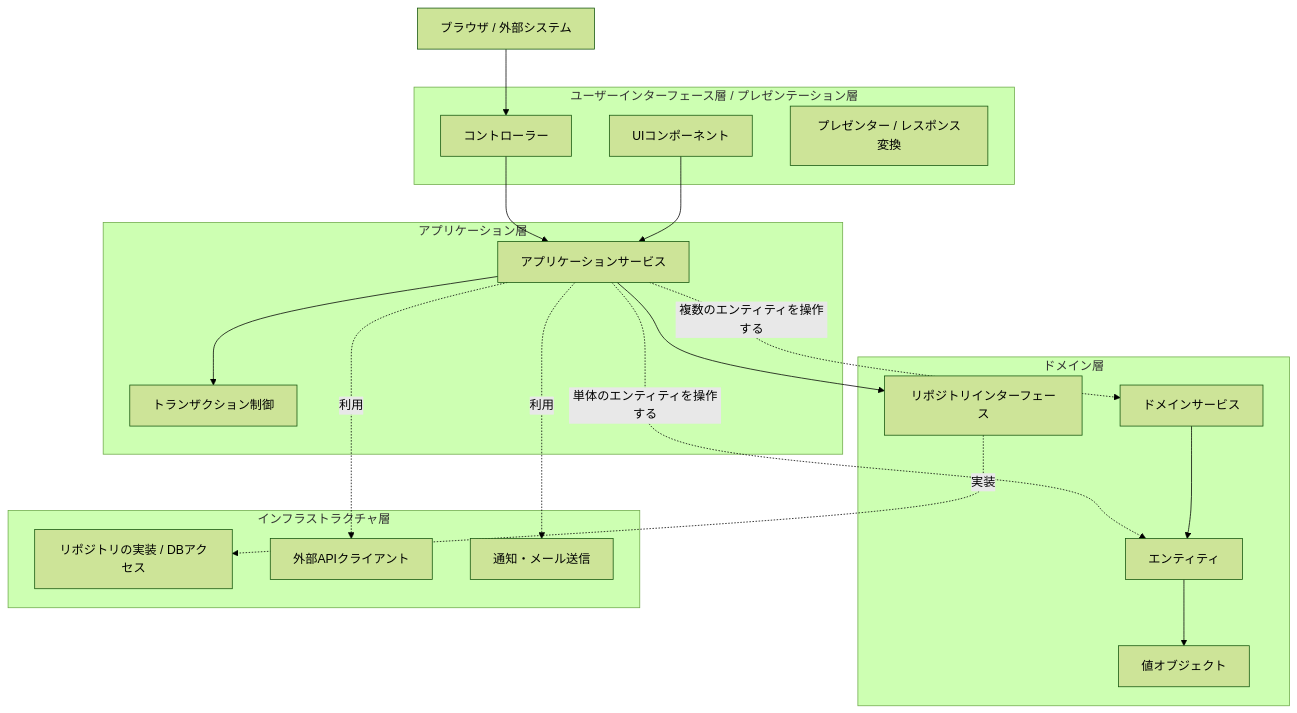
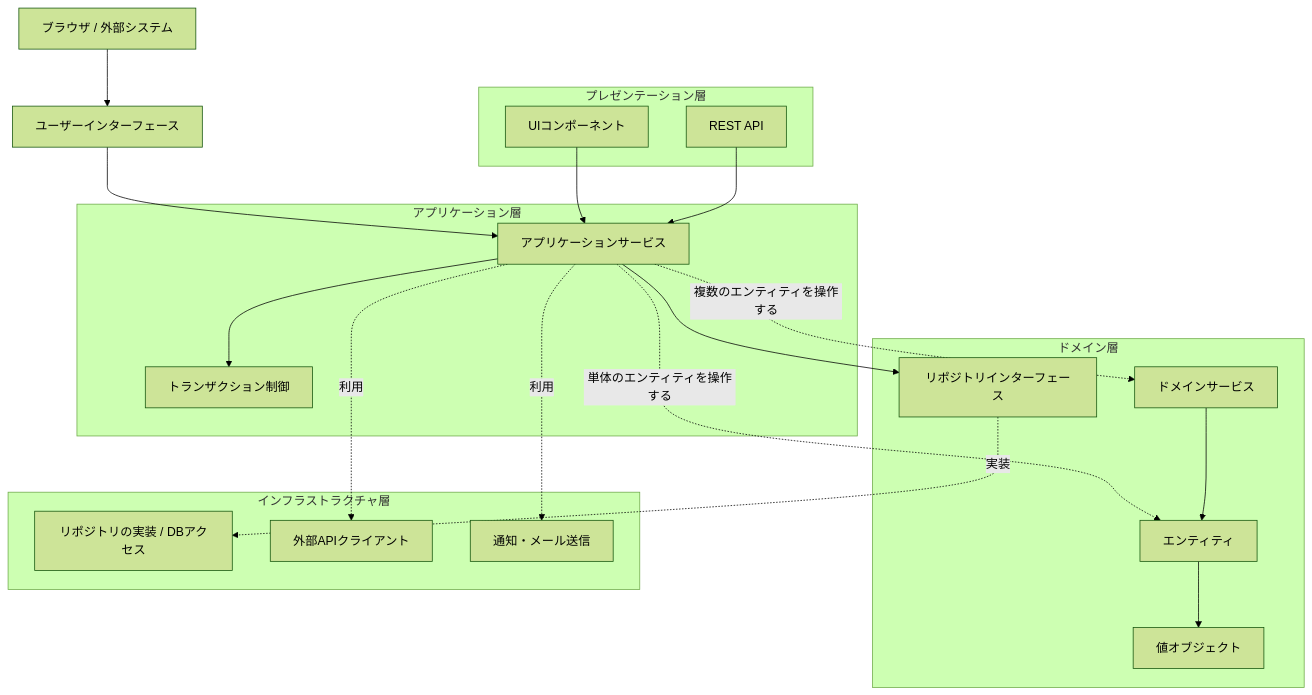
Before and after one commit to aew2sbee/zenn: the diagram in articles/domain-driven-design-tutorial.md, drawn with Mermaid (forest theme).

Commit message:
fix: ユーザーインターフェース層の名称を変更し、依存関係を明確化

`````diff
--- a/articles/domain-driven-design-tutorial.md
+++ b/articles/domain-driven-design-tutorial.md
@@ -257,53 +257,55 @@
 ````mermaid
 graph TD
     %% 外部（システムの利用者）
     External[ブラウザ / 外部システム]
 
-    subgraph UI_Layer [ユーザーインターフェース層 / プレゼンテーション層]
+    UserInterface[ユーザーインターフェース]
+
+    subgraph UI_Layer [プレゼンテーション層]
         Component[UIコンポーネント]
-        Controller[コントローラー]
-        Presenter[プレゼンター / レスポンス変換]
+        RESTAPI[REST API]
     end
 
     subgraph Application_Layer [アプリケーション層]
         AS[アプリケーションサービス]
         Transaction[トランザクション制御]
     end
 
     subgraph Domain_Layer [ドメイン層]
         Entity[エンティティ]
         VO[値オブジェクト]
         DS[ドメインサービス]
         RepoInt[リポジトリインターフェース]
     end
 
     subgraph Infrastructure_Layer [インフラストラクチャ層]
         RepoImpl[リポジトリの実装 / DBアクセス]
         ExternalAPI[外部APIクライアント]
         MailService[通知・メール送信]
     end
 
     %% --- 依存関係と流れ ---
 
     %% 外部からUI層へ
-    External --> Controller
+    External --> UserInterface
 
     %% UI層からアプリケーション層へ
-    Controller --> AS
+    UserInterface --> AS
     Component --> AS
+    RESTAPI --> AS
 
     %% アプリケーション層からドメイン層へ
     AS --> Transaction
     AS -.->|単体のエンティティを操作する| Entity
     AS -.->|複数のエンティティを操作する| DS
     AS --> RepoInt
 
     %% ドメイン層内の関係
     DS --> Entity
     Entity --> VO
 
     %% インフラストラクチャ層への依存
     RepoInt -.->|実装| RepoImpl
     AS -.->|利用| ExternalAPI
     AS -.->|利用| MailService
 ````
`````
